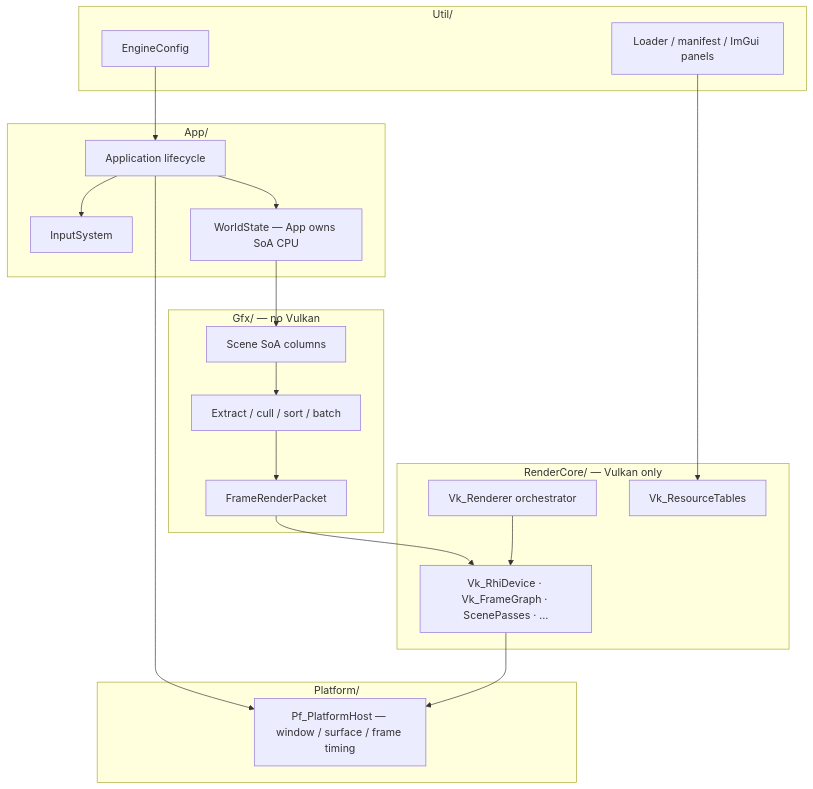
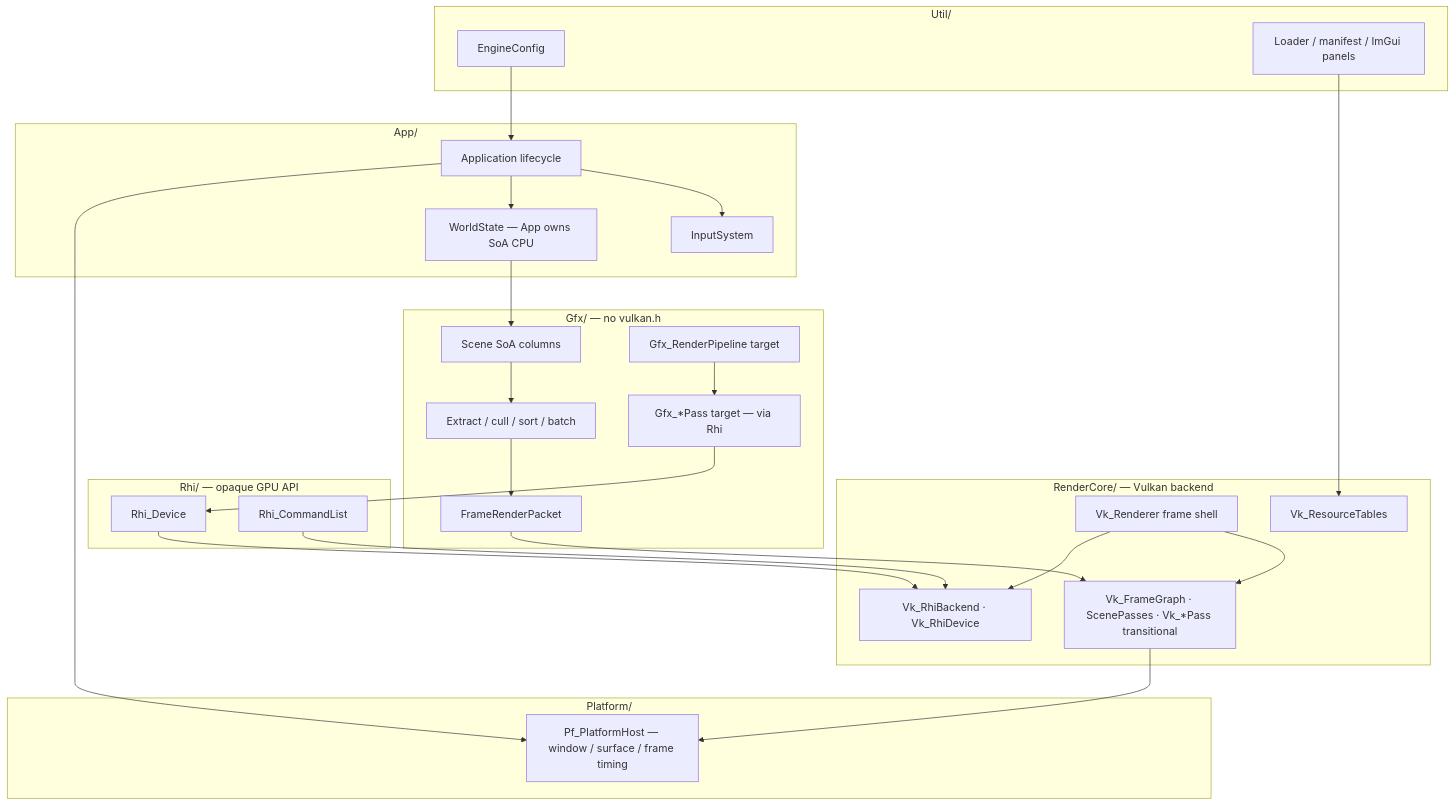
Before and after one commit to PluseggWill/SiriusEngine_VulkanReboot: the first of 13 diagrams in Docs/EngineArchitecture.md, drawn with Mermaid. The commit also changed other lines of this file and 16 other files, not shown here.

First line of the commit message:
[VulkanDesktop] Add opaque Rhi layer and expand GPU command surface.

````diff
--- a/Docs/EngineArchitecture.md
+++ b/Docs/EngineArchitecture.md
@@ -21,41 +21,54 @@
 ```mermaid
 flowchart TB
   subgraph APP [App/]
     APPLICATION[Application lifecycle]
     INPUT[InputSystem]
     WORLD[WorldState — App owns SoA CPU]
   end
 
-  subgraph GFX [Gfx/ — no Vulkan]
+  subgraph GFX [Gfx/ — no vulkan.h]
     SOA[Scene SoA columns]
     EXTRACT[Extract / cull / sort / batch]
     PACKETS[FrameRenderPacket]
+    PASSES[Gfx_*Pass target — via Rhi]
+    PIPE[Gfx_RenderPipeline target]
+  end
+
+  subgraph RHI [Rhi/ — opaque GPU API]
+    RDEV[Rhi_Device]
+    RCMD[Rhi_CommandList]
   end
 
   subgraph UTIL [Util/]
     CONFIG[EngineConfig]
     LOAD[Loader / manifest / ImGui panels]
   end
 
   subgraph PLATFORM [Platform/]
     PHOST[Pf_PlatformHost — window / surface / frame timing]
   end
 
-  subgraph RC [RenderCore/ — Vulkan only]
-    CORE[Vk_Renderer orchestrator]
-    PEEL[Vk_RhiDevice · Vk_FrameGraph · ScenePasses · …]
+  subgraph RC [RenderCore/ — Vulkan backend]
+    CORE[Vk_Renderer frame shell]
+    BACKEND[Vk_RhiBackend · Vk_RhiDevice]
+    PEEL[Vk_FrameGraph · ScenePasses · Vk_*Pass transitional]
     TABLES[Vk_ResourceTables]
   end
 
   APPLICATION --> INPUT
   APPLICATION --> WORLD
   WORLD --> SOA
   SOA --> EXTRACT
   EXTRACT --> PACKETS
   PACKETS --> PEEL
+  PASSES --> RDEV
+  PIPE --> PASSES
+  RDEV --> BACKEND
+  RCMD --> BACKEND
   CONFIG --> APPLICATION
   LOAD --> TABLES
   APPLICATION --> PHOST
   PEEL --> PHOST
   CORE --> PEEL
+  CORE --> BACKEND
 ```
````
